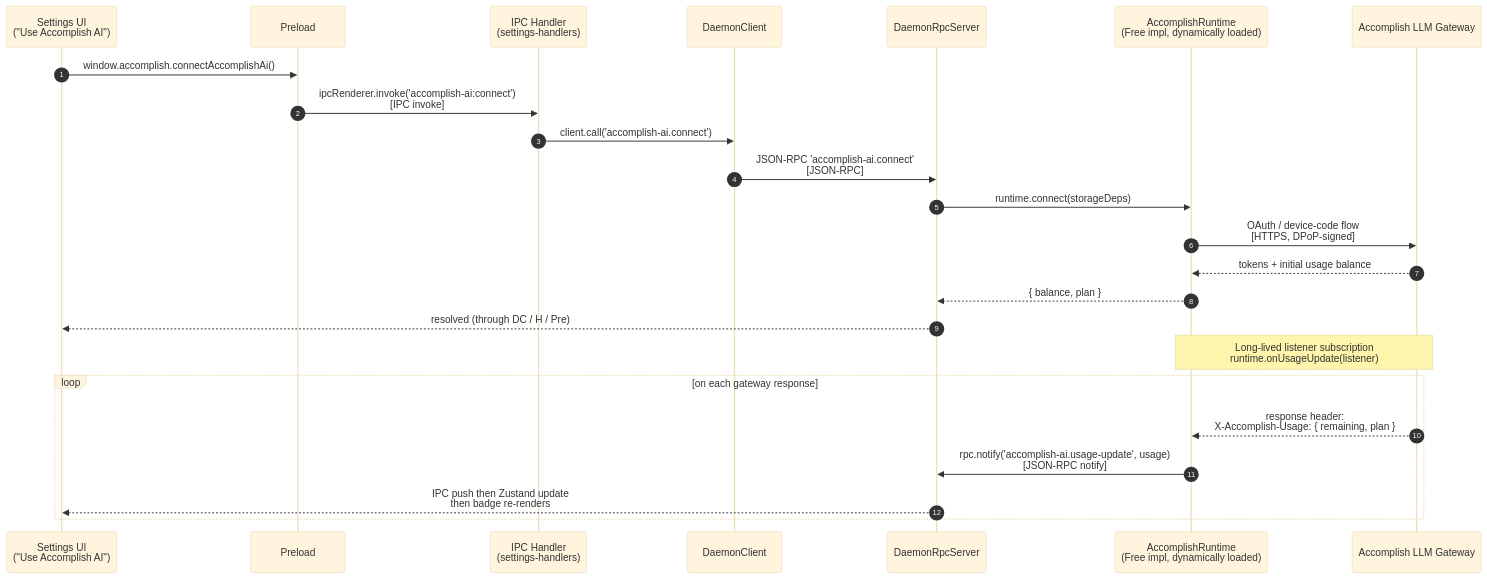
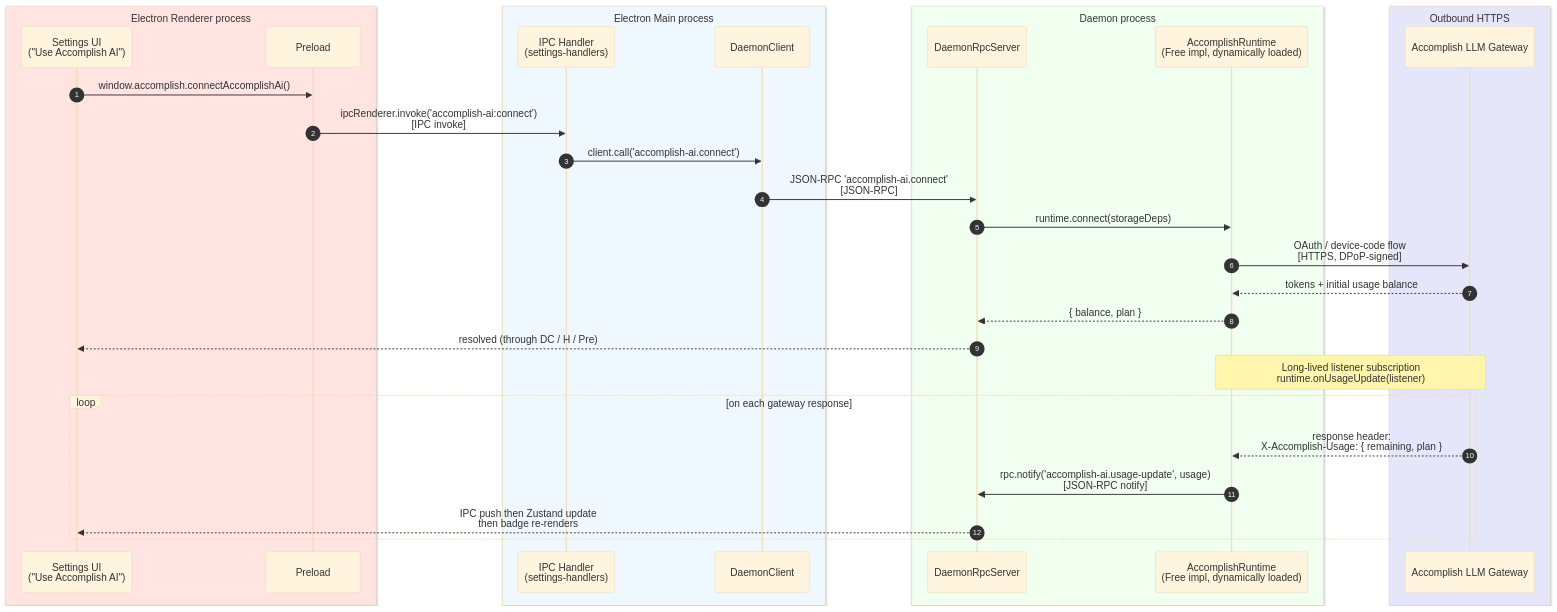
Before and after one commit to accomplish-ai/accomplish: the ninth of 10 diagrams in docs/functional-sequence-diagrams.md, drawn with Mermaid (base theme). The commit also changed other lines of this file and 46 other files, not shown here.

````diff
--- a/docs/functional-sequence-diagrams.md
+++ b/docs/functional-sequence-diagrams.md
@@ -293,29 +354,37 @@
 ```mermaid
 sequenceDiagram
     autonumber
-    participant UI as Settings UI<br/>("Use Accomplish AI")
-    participant Pre as Preload
-    participant H as IPC Handler<br/>(settings-handlers)
-    participant DC as DaemonClient
-    participant RPC as DaemonRpcServer
-    participant RT as AccomplishRuntime<br/>(Free impl, dynamically loaded)
-    participant GW as Accomplish LLM Gateway
+    box mistyrose Electron Renderer process
+      participant UI as Settings UI<br/>("Use Accomplish AI")
+      participant Pre as Preload
+    end
+    box aliceblue Electron Main process
+      participant H as IPC Handler<br/>(settings-handlers)
+      participant DC as DaemonClient
+    end
+    box honeydew Daemon process
+      participant RPC as DaemonRpcServer
+      participant RT as AccomplishRuntime<br/>(Free impl, dynamically loaded)
+    end
+    box lavender Outbound HTTPS
+      participant GW as Accomplish LLM Gateway
+    end
 
     UI->>Pre: window.accomplish.connectAccomplishAi()
     Pre->>H: ipcRenderer.invoke('accomplish-ai:connect')<br/>[IPC invoke]
     H->>DC: client.call('accomplish-ai.connect')
     DC->>RPC: JSON-RPC 'accomplish-ai.connect'<br/>[JSON-RPC]
     RPC->>RT: runtime.connect(storageDeps)
     RT->>GW: OAuth / device-code flow<br/>[HTTPS, DPoP-signed]
     GW-->>RT: tokens + initial usage balance
     RT-->>RPC: { balance, plan }
     RPC-->>UI: resolved (through DC / H / Pre)
 
     Note over RT,GW: Long-lived listener subscription<br/>runtime.onUsageUpdate(listener)
 
     loop on each gateway response
       GW-->>RT: response header:<br/>X-Accomplish-Usage: { remaining, plan }
       RT->>RPC: rpc.notify('accomplish-ai.usage-update', usage)<br/>[JSON-RPC notify]
       RPC-->>UI: IPC push then Zustand update<br/>then badge re-renders
     end
 ```
````
